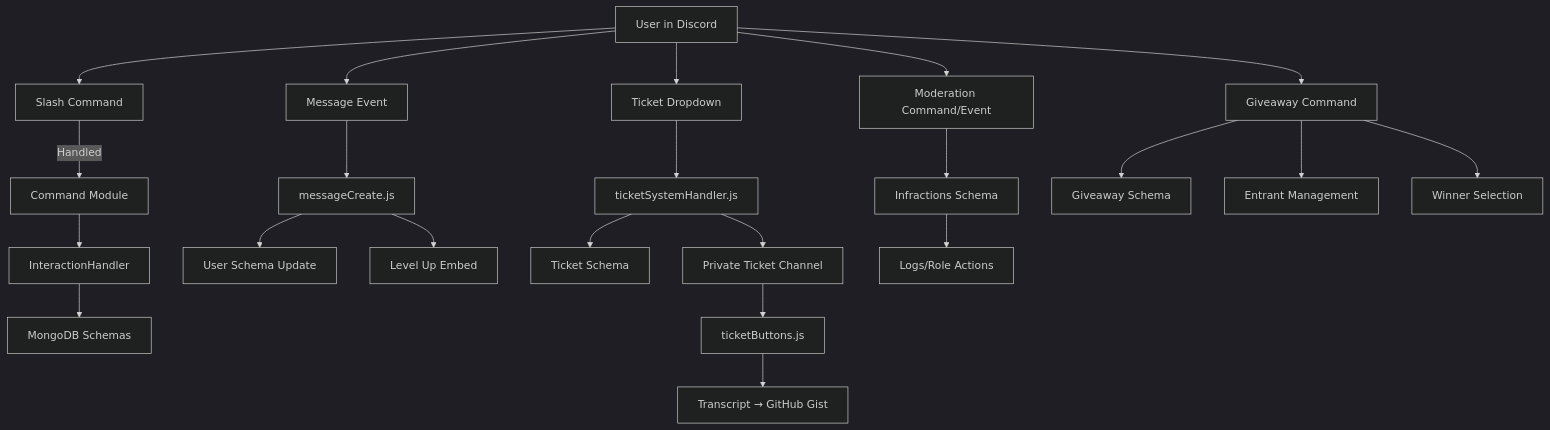
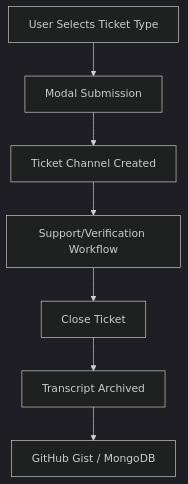
One commit to rushinski/Discord-Bot-Unity changed the second of 4 diagrams in ARCHITECTURE.md. Above: the diagram before and after it, drawn with Mermaid (dark theme). The commit also changed other lines of this file, not shown here.

Commit message:
architecture update

````diff
--- a/ARCHITECTURE.md
+++ b/ARCHITECTURE.md
@@ -94,29 +39,9 @@
 ```mermaid
 flowchart TD
-
-A[User in Discord] --> B[Slash Command]
-B -->|Handled| C[Command Module]
-C --> D[InteractionHandler]
-D --> E[MongoDB Schemas]
-
-A --> F[Message Event]
-F --> G[messageCreate.js]
-G --> H[User Schema Update]
-G --> I[Level Up Embed]
-
-A --> J[Ticket Dropdown]
-J --> K[ticketSystemHandler.js]
-K --> L[Ticket Schema]
-K --> M[Private Ticket Channel]
-M --> N[ticketButtons.js]
-N --> O[Transcript → GitHub Gist]
-
-A --> P[Moderation Command/Event]
-P --> Q[Infractions Schema]
-Q --> R[Logs/Role Actions]
-
-A --> S[Giveaway Command]
-S --> T[Giveaway Schema]
-S --> U[Entrant Management]
-S --> V[Winner Selection]
+    A[User Selects Ticket Type] --> B[Modal Submission]
+    B --> C[Ticket Channel Created]
+    C --> D[Support/Verification Workflow]
+    D --> E[Close Ticket]
+    E --> F[Transcript Archived]
+    F --> G[GitHub Gist / MongoDB]
 ```
````
